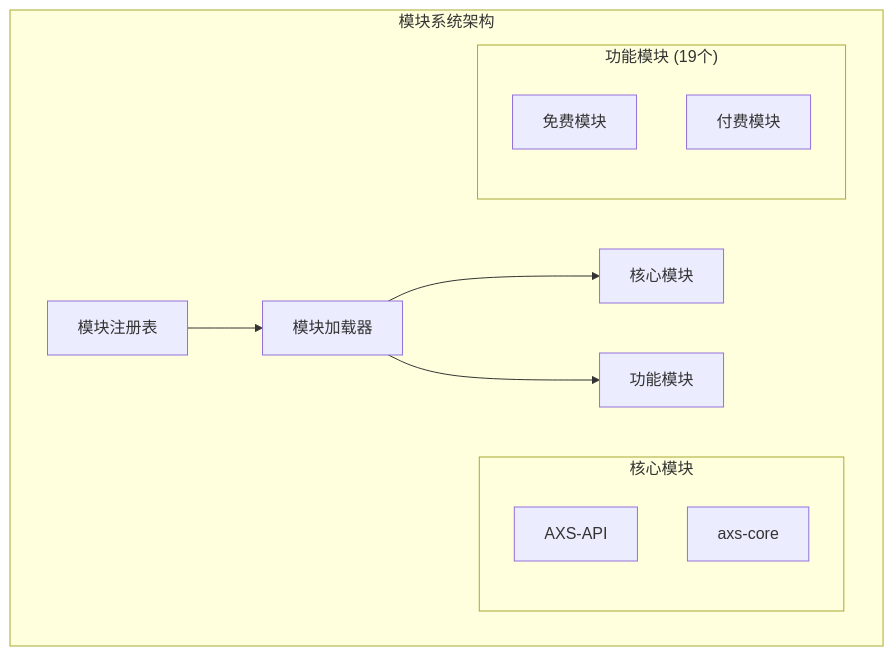
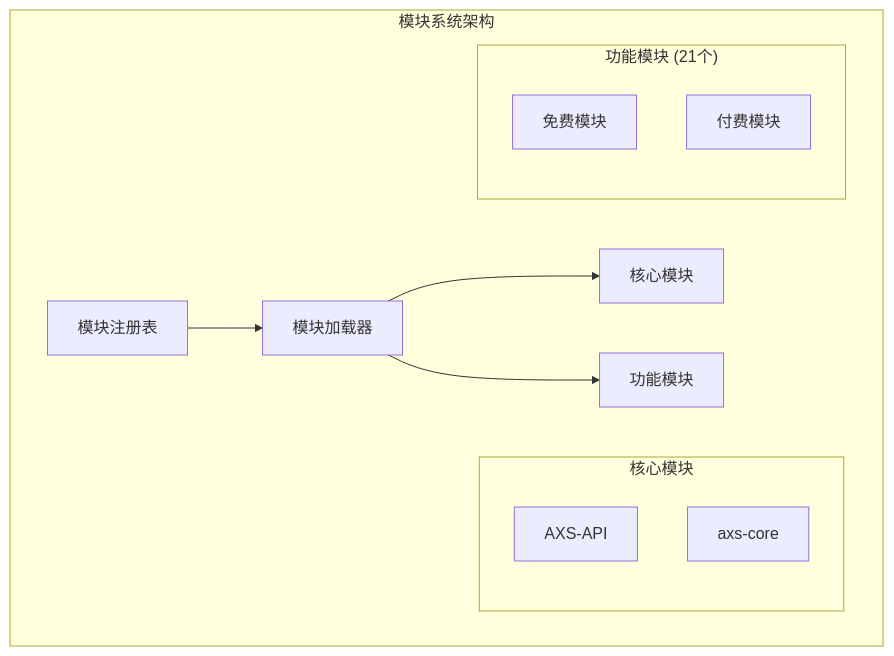
Before and after one commit to ArcartX-Suite/ArcartXSuite-Wiki: the second of 3 diagrams in docs/architecture/system-architecture.md, drawn with Mermaid. The commit also changed other lines of this file and 8 other files, not shown here.

Commit message:
docs: 全站补全 QQBot/Market 模块引用  付费列表、capability、modular 结构表、安装依赖、PAPI 计数、changelog 计数、system-architecture 计数

````diff
--- a/docs/architecture/system-architecture.md
+++ b/docs/architecture/system-architecture.md
@@ -100,23 +100,23 @@
 ```mermaid
 graph TB
     subgraph "模块系统架构"
         Registry[模块注册表]
         Loader[模块加载器]
         Core[核心模块]
         Modules[功能模块]
         
         Registry --> Loader
         Loader --> Core
         Loader --> Modules
         
         subgraph "核心模块"
             API[AXS-API]
             CoreJar[axs-core]
         end
         
-        subgraph "功能模块 (19个)"
+        subgraph "功能模块 (21个)"
             Free[免费模块]
             Paid[付费模块]
         end
     end
 ```
````
